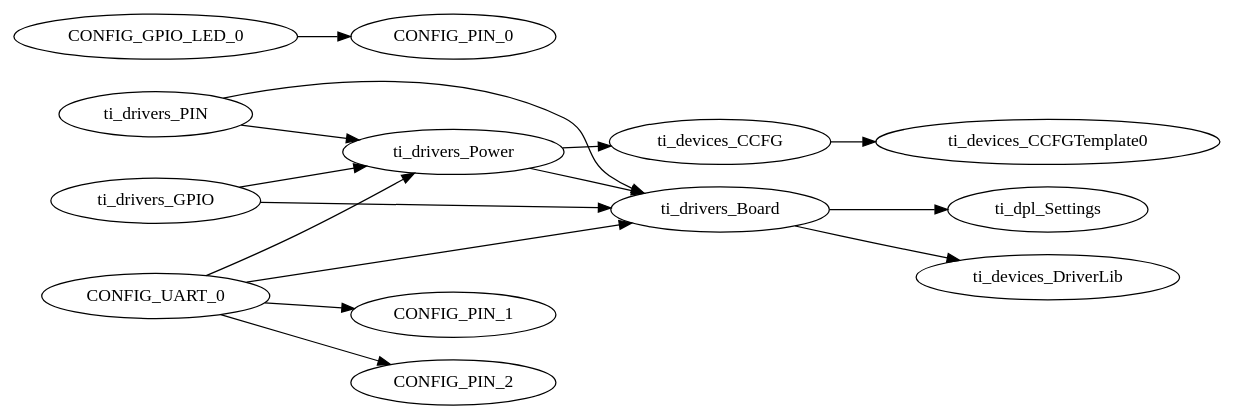
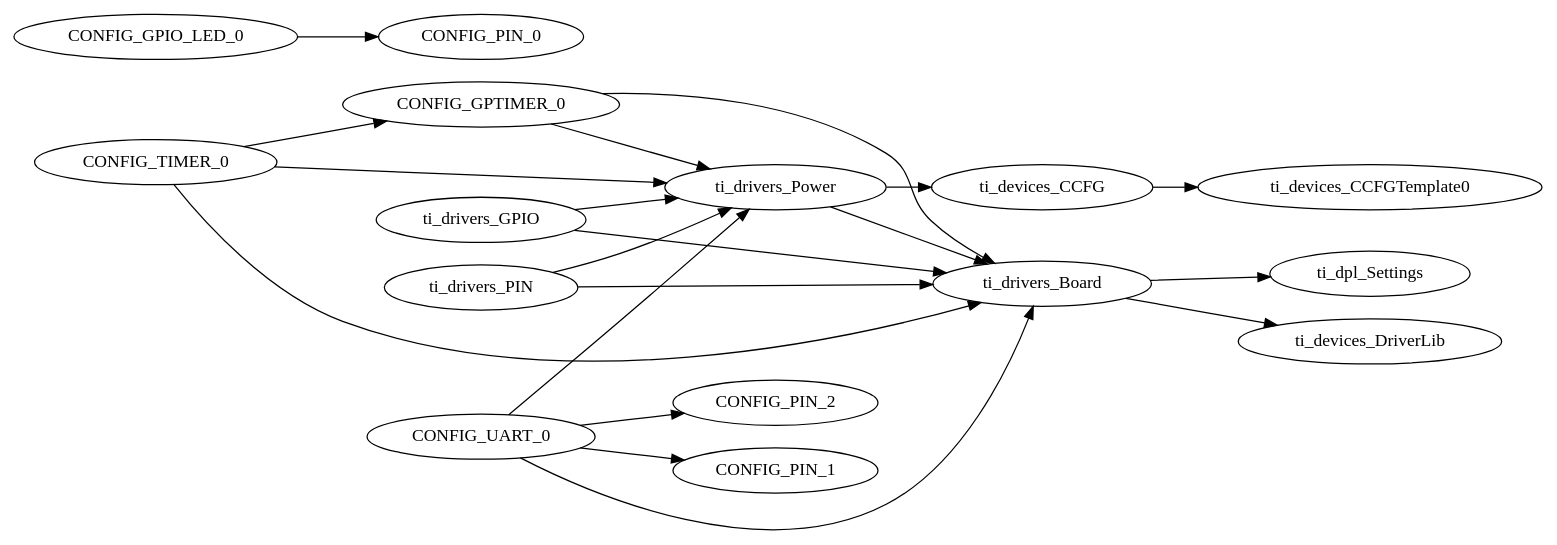
One commit to edgeimpulse/example-standalone-inferencing-ti-launchxl changed the diagram in gcc/ti_utils_runtime_model.gv. Above: the diagram before and after it, drawn with Graphviz. The commit also changed 3 other files, not shown here.

```diff
--- a/gcc/ti_utils_runtime_model.gv
+++ b/gcc/ti_utils_runtime_model.gv
@@ -1,38 +1,47 @@
 digraph Model
 {
     graph[rankdir=LR]
 
     // mod.$name=/ti/devices/CCFG
     ti_devices_CCFG -> ti_devices_CCFGTemplate0
 
     // mod.$name=/ti/devices/CCFGTemplate
 
     // mod.$name=/ti/devices/DriverLib
 
     // mod.$name=/ti/dpl/Settings
 
     // mod.$name=/ti/drivers/Board
     ti_drivers_Board -> ti_devices_DriverLib
     ti_drivers_Board -> ti_dpl_Settings
 
     // mod.$name=/ti/drivers/GPIO
     ti_drivers_GPIO -> ti_drivers_Power
     ti_drivers_GPIO -> ti_drivers_Board
     CONFIG_GPIO_LED_0 -> CONFIG_PIN_0
 
     // mod.$name=/ti/drivers/PIN
     ti_drivers_PIN -> ti_drivers_Power
     ti_drivers_PIN -> ti_drivers_Board
 
     // mod.$name=/ti/drivers/Power
     ti_drivers_Power -> ti_devices_CCFG
     ti_drivers_Power -> ti_drivers_Board
 
     // mod.$name=/ti/drivers/RTOS
 
+    // mod.$name=/ti/drivers/Timer
+    CONFIG_TIMER_0 -> ti_drivers_Power
+    CONFIG_TIMER_0 -> ti_drivers_Board
+    CONFIG_TIMER_0 -> CONFIG_GPTIMER_0
+
     // mod.$name=/ti/drivers/UART
     CONFIG_UART_0 -> ti_drivers_Power
     CONFIG_UART_0 -> ti_drivers_Board
     CONFIG_UART_0 -> CONFIG_PIN_1
     CONFIG_UART_0 -> CONFIG_PIN_2
+
+    // mod.$name=/ti/drivers/timer/GPTimerCC26XX
+    CONFIG_GPTIMER_0 -> ti_drivers_Power
+    CONFIG_GPTIMER_0 -> ti_drivers_Board
 }
```
